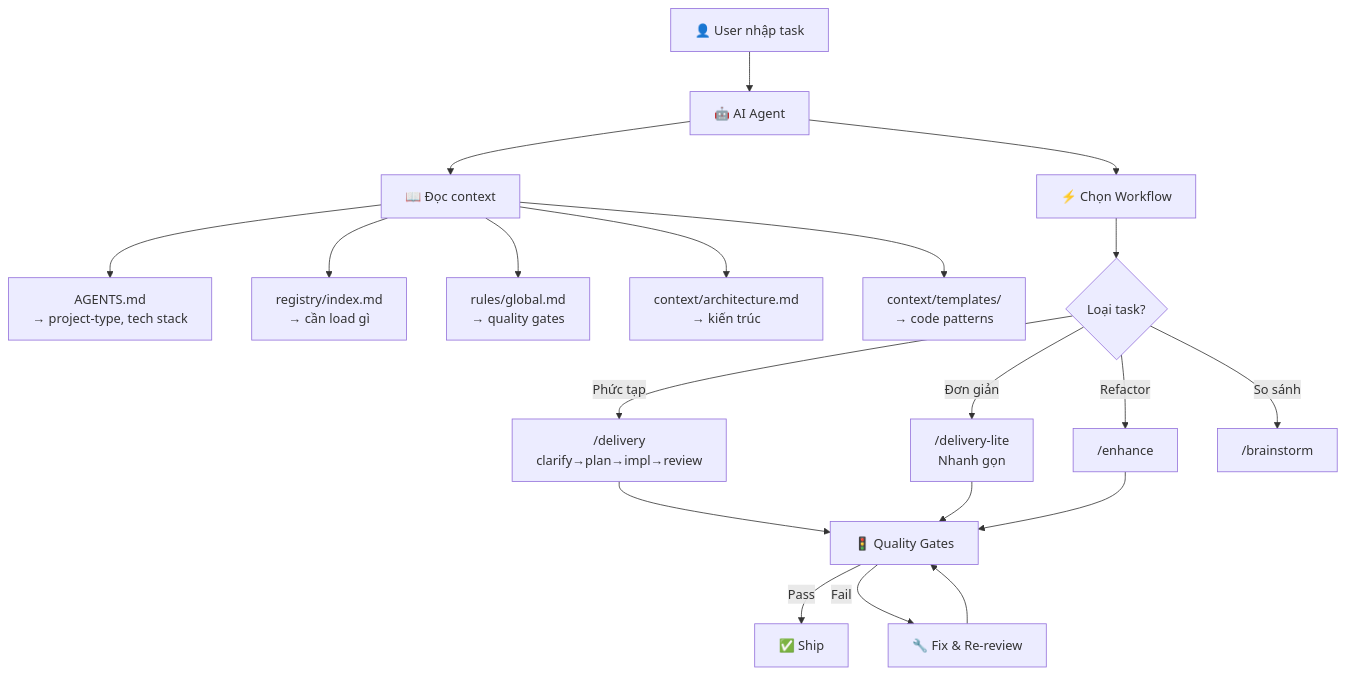
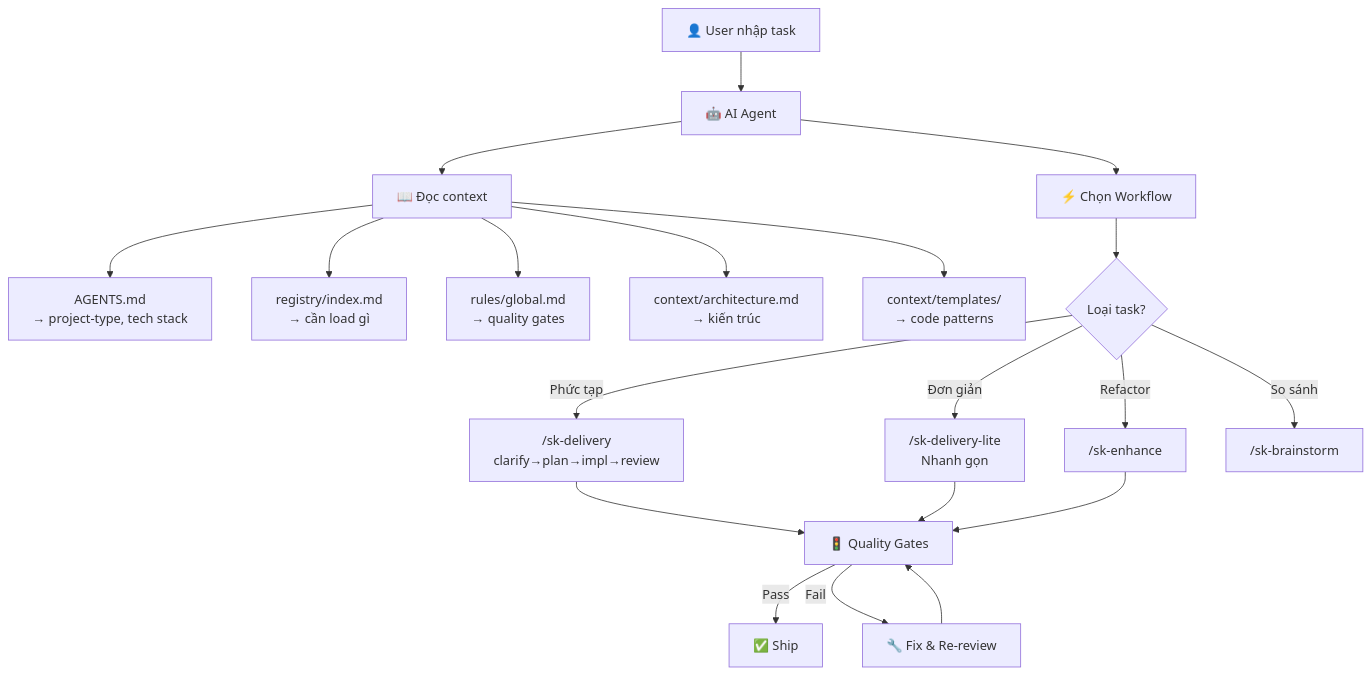
Before and after one commit to Sonleeee/Agent-Dev-Kit: the sixth of 6 diagrams in HowItWorks.md, drawn with Mermaid. The commit also changed other lines of this file and 45 other files, not shown here.

````diff
--- a/HowItWorks.md
+++ b/HowItWorks.md
@@ -291,27 +291,27 @@
 ```mermaid
 flowchart TD
     USER["👤 User nhập task"] --> AGENT["🤖 AI Agent"]
   
     AGENT --> READ["📖 Đọc context"]
     READ --> AGENTS_MD["AGENTS.md<br/>→ project-type, tech stack"]
     READ --> REGISTRY["registry/index.md<br/>→ cần load gì"]
     READ --> RULES["rules/global.md<br/>→ quality gates"]
     READ --> ARCH["context/architecture.md<br/>→ kiến trúc"]
     READ --> TMPL["context/templates/<br/>→ code patterns"]
   
     AGENT --> CHOOSE["⚡ Chọn Workflow"]
     CHOOSE --> WF{Loại task?}
   
-    WF -->|Phức tạp| DELIVERY["/delivery<br/>clarify→plan→impl→review"]
-    WF -->|Đơn giản| LITE["/delivery-lite<br/>Nhanh gọn"]
-    WF -->|Refactor| ENHANCE["/enhance"]
-    WF -->|So sánh| BRAINSTORM["/brainstorm"]
+    WF -->|Phức tạp| DELIVERY["/sk-delivery<br/>clarify→plan→impl→review"]
+    WF -->|Đơn giản| LITE["/sk-delivery-lite<br/>Nhanh gọn"]
+    WF -->|Refactor| ENHANCE["/sk-enhance"]
+    WF -->|So sánh| BRAINSTORM["/sk-brainstorm"]
   
     DELIVERY --> GATE["🚦 Quality Gates"]
     LITE --> GATE
     ENHANCE --> GATE
   
     GATE -->|Pass| SHIP["✅ Ship"]
     GATE -->|Fail| FIX["🔧 Fix & Re-review"]
     FIX --> GATE
 ```
````
